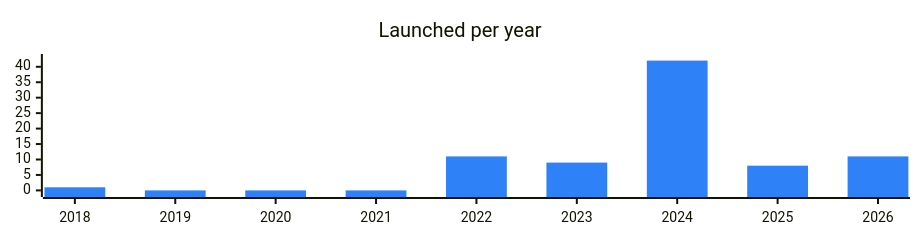
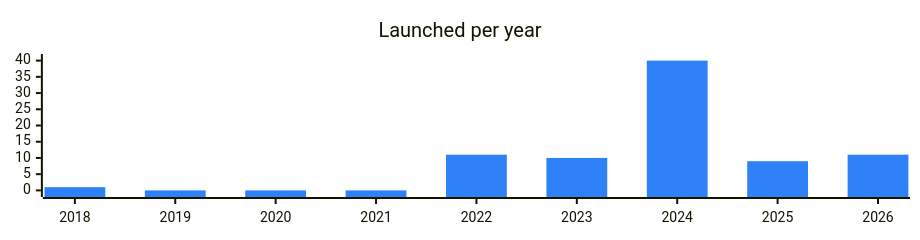
The diagram in categories/launchpads.md (vitalikgpt/gram-ecosystem), drawn with Mermaid before and after one commit. The commit also changed other lines of this file and 71 other files, not shown here.

````diff
--- a/categories/launchpads.md
+++ b/categories/launchpads.md
@@ -7,7 +7,7 @@
 ```mermaid
 %%{init: {"xyChart": {"width": 900, "height": 220}, "themeVariables": {"xyChart": {"plotColorPalette": "#2f81f7"}}}}%%
 xychart-beta
   title "Launched per year"
   x-axis ["2018", "2019", "2020", "2021", "2022", "2023", "2024", "2025", "2026"]
-  bar [1, 0, 0, 0, 11, 9, 42, 8, 11]
+  bar [1, 0, 0, 0, 11, 10, 40, 9, 11]
 ```
````
